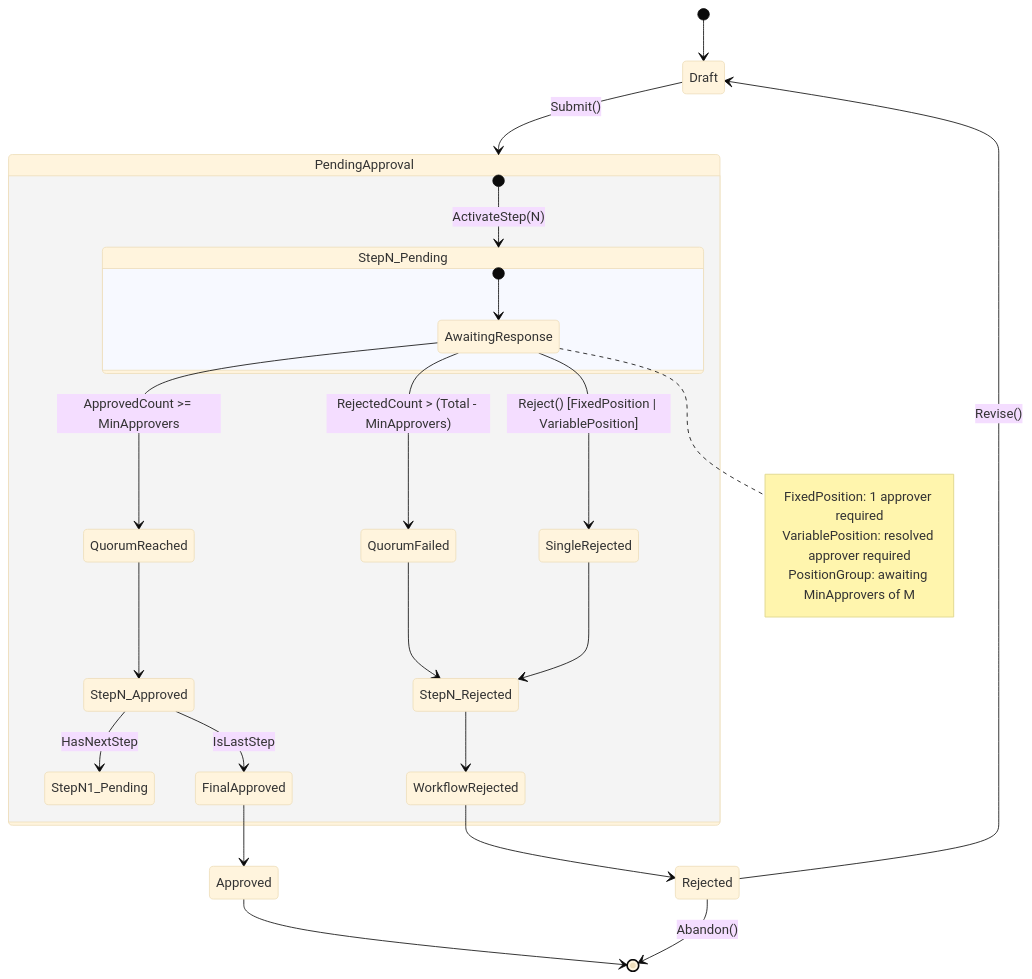
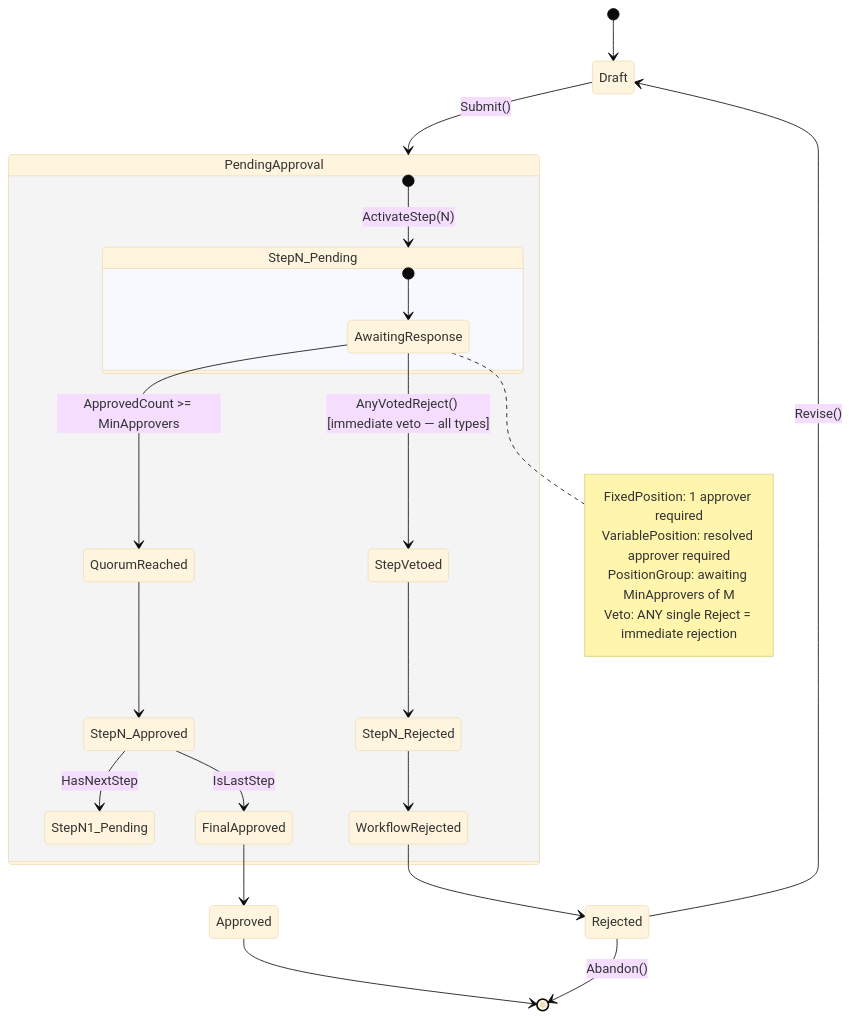
Before and after one commit to ryanc2012/m2: the second of 8 diagrams in docs/architecture/ARCHITECTURE.md, drawn with Mermaid (base theme). The commit also changed other lines of this file and 2 other files, not shown here.

First line of the commit message:
Merge architecture corrections and update team records

````diff
--- a/docs/architecture/ARCHITECTURE.md
+++ b/docs/architecture/ARCHITECTURE.md
@@ -554,36 +582,35 @@
 ```mermaid
 stateDiagram-v2
     [*] --> Draft
     Draft --> PendingApproval : Submit()
 
     state PendingApproval {
         [*] --> StepN_Pending : ActivateStep(N)
 
         state StepN_Pending {
-            [*] --> AwaitingResponse
-            note right of AwaitingResponse
-                FixedPosition: 1 approver required
-                VariablePosition: resolved approver required
-                PositionGroup: awaiting MinApprovers of M
-            end note
-            AwaitingResponse --> QuorumReached : ApprovedCount >= MinApprovers
-            AwaitingResponse --> QuorumFailed  : RejectedCount > (Total - MinApprovers)
-            AwaitingResponse --> SingleRejected : Reject() [FixedPosition | VariablePosition]
-        }
+                [*] --> AwaitingResponse
+                note right of AwaitingResponse
+                    FixedPosition: 1 approver required
+                    VariablePosition: resolved approver required
+                    PositionGroup: awaiting MinApprovers of M
+                    Veto: ANY single Reject = immediate rejection
+                end note
+                AwaitingResponse --> QuorumReached : ApprovedCount >= MinApprovers
+                AwaitingResponse --> StepVetoed    : AnyVotedReject() [immediate veto — all types]
+            }
 
-        QuorumReached --> StepN_Approved
-        QuorumFailed  --> StepN_Rejected
-        SingleRejected --> StepN_Rejected
+            QuorumReached --> StepN_Approved
+            StepVetoed    --> StepN_Rejected
 
         StepN_Approved --> StepN1_Pending : HasNextStep
         StepN_Approved --> FinalApproved  : IsLastStep
         StepN_Rejected --> WorkflowRejected
     }
 
     FinalApproved --> Approved
     WorkflowRejected --> Rejected
 
     Approved --> [*]
     Rejected --> Draft : Revise()
     Rejected --> [*]   : Abandon()
 ```
````
